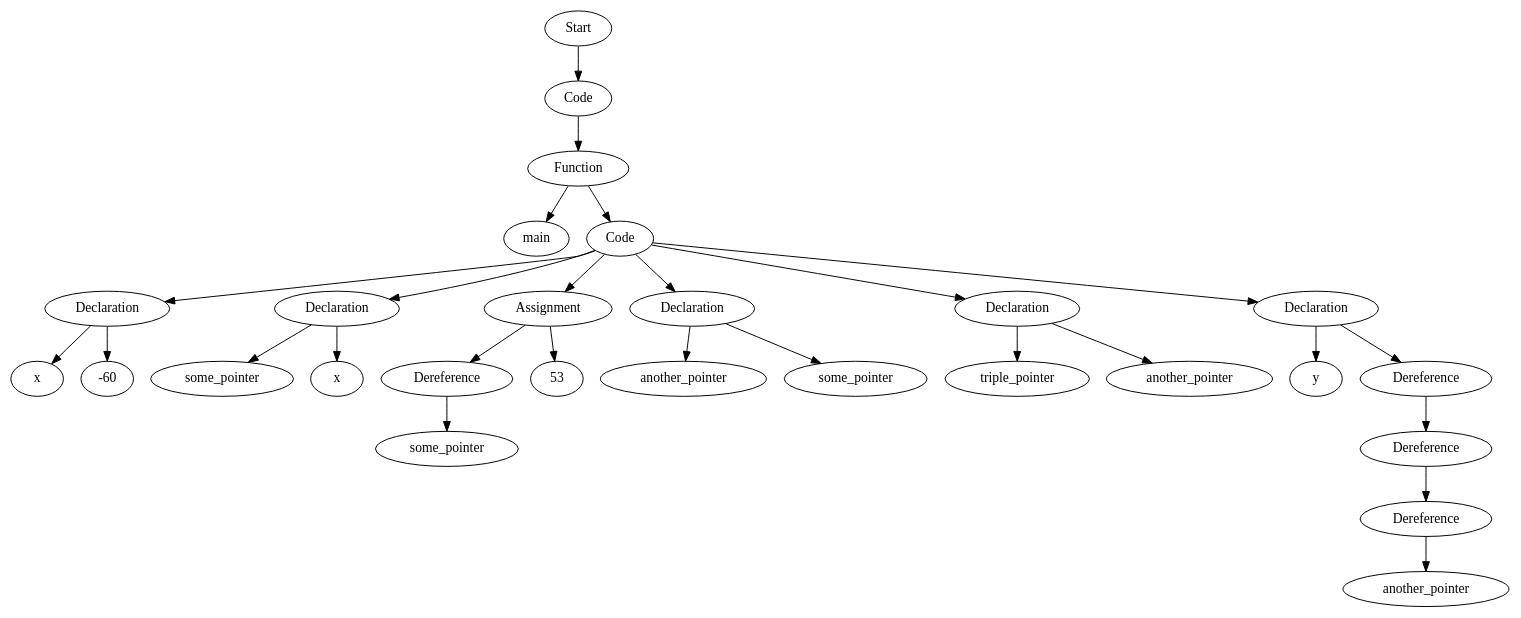
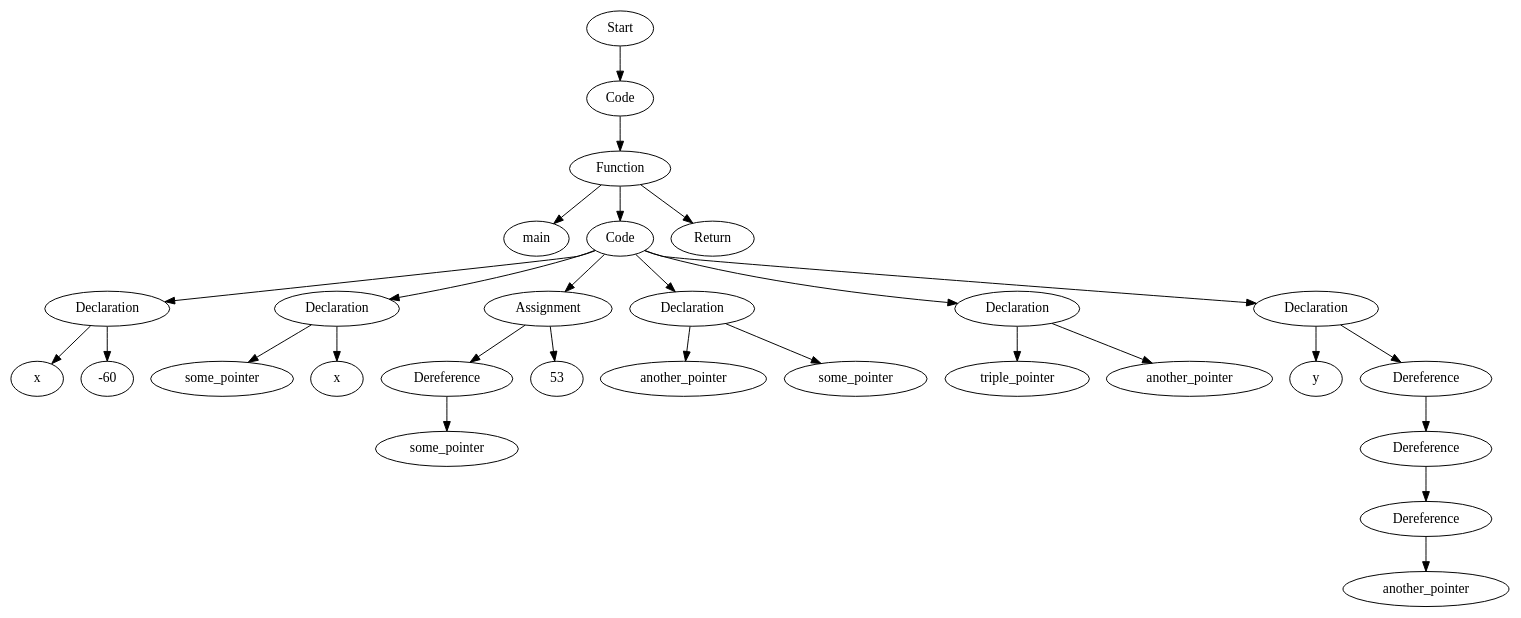
The diagram in testfiles/basic_tests_123/proj2_man_pass_pointerOperations2ASTVisual.dot (Are-you-listening/Compilers), drawn with Graphviz before and after one commit. The commit also changed 101 other files, not shown here.

```diff
--- a/testfiles/basic_tests_123/proj2_man_pass_pointerOperations2ASTVisual.dot
+++ b/testfiles/basic_tests_123/proj2_man_pass_pointerOperations2ASTVisual.dot
@@ -1,55 +1,57 @@
 digraph AST {
-  "137497859509744" [label="Start"];
-  "137497859509744" -> "137497859508880";
-  "137497859508880" [label="Code"];
-  "137497859508880" -> "137497859506288";
-  "137497859506288" [label="Function"];
-  "137497859506288" -> "137497859514256";
-  "137497859506288" -> "137497859506816";
-  "137497859514256" [label="main"];
-  "137497859506816" [label="Code"];
-  "137497859506816" -> "137497859521600";
-  "137497859506816" -> "137497859507200";
-  "137497859506816" -> "137497859520592";
-  "137497859506816" -> "137497859518864";
-  "137497859506816" -> "137497859600112";
-  "137497859506816" -> "137497859592528";
-  "137497859521600" [label="Declaration"];
-  "137497859521600" -> "137497859510560";
-  "137497859521600" -> "137497859517856";
-  "137497859510560" [label="x"];
-  "137497859517856" [label="-60"];
-  "137497859507200" [label="Declaration"];
-  "137497859507200" -> "137497859519872";
-  "137497859507200" -> "137497859509792";
-  "137497859519872" [label="some_pointer"];
-  "137497859509792" [label="x"];
-  "137497859520592" [label="Assignment"];
-  "137497859520592" -> "137497859515312";
-  "137497859520592" -> "137497859598912";
-  "137497859515312" [label="Dereference"];
-  "137497859515312" -> "137497859510368";
-  "137497859510368" [label="some_pointer"];
-  "137497859598912" [label="53"];
-  "137497859518864" [label="Declaration"];
-  "137497859518864" -> "137497859601744";
-  "137497859518864" -> "137497859602416";
-  "137497859601744" [label="another_pointer"];
-  "137497859602416" [label="some_pointer"];
-  "137497859600112" [label="Declaration"];
-  "137497859600112" -> "137497859590560";
-  "137497859600112" -> "137497859598192";
-  "137497859590560" [label="triple_pointer"];
-  "137497859598192" [label="another_pointer"];
-  "137497859592528" [label="Declaration"];
-  "137497859592528" -> "137497859601600";
-  "137497859592528" -> "137497859590080";
-  "137497859601600" [label="y"];
-  "137497859590080" [label="Dereference"];
-  "137497859590080" -> "137497859589264";
-  "137497859589264" [label="Dereference"];
-  "137497859589264" -> "137497859599344";
-  "137497859599344" [label="Dereference"];
-  "137497859599344" -> "137497859599296";
-  "137497859599296" [label="another_pointer"];
+  "128502761675728" [label="Start"];
+  "128502761675728" -> "128502761682496";
+  "128502761682496" [label="Code"];
+  "128502761682496" -> "128502761678944";
+  "128502761678944" [label="Function"];
+  "128502761678944" -> "128502761537440";
+  "128502761678944" -> "128502761521456";
+  "128502761678944" -> "128502761535904";
+  "128502761537440" [label="main"];
+  "128502761521456" [label="Code"];
+  "128502761521456" -> "128502761526112";
+  "128502761521456" -> "128502761532544";
+  "128502761521456" -> "128502761531248";
+  "128502761521456" -> "128502761525968";
+  "128502761521456" -> "128502761683792";
+  "128502761521456" -> "128502761673760";
+  "128502761526112" [label="Declaration"];
+  "128502761526112" -> "128502761526544";
+  "128502761526112" -> "128502761533408";
+  "128502761526544" [label="x"];
+  "128502761533408" [label="-60"];
+  "128502761532544" [label="Declaration"];
+  "128502761532544" -> "128502761522608";
+  "128502761532544" -> "128502761536912";
+  "128502761522608" [label="some_pointer"];
+  "128502761536912" [label="x"];
+  "128502761531248" [label="Assignment"];
+  "128502761531248" -> "128502761533168";
+  "128502761531248" -> "128502761530624";
+  "128502761533168" [label="Dereference"];
+  "128502761533168" -> "128502761533360";
+  "128502761533360" [label="some_pointer"];
+  "128502761530624" [label="53"];
+  "128502761525968" [label="Declaration"];
+  "128502761525968" -> "128502761535520";
+  "128502761525968" -> "128502761673328";
+  "128502761535520" [label="another_pointer"];
+  "128502761673328" [label="some_pointer"];
+  "128502761683792" [label="Declaration"];
+  "128502761683792" -> "128502761684272";
+  "128502761683792" -> "128502761668816";
+  "128502761684272" [label="triple_pointer"];
+  "128502761668816" [label="another_pointer"];
+  "128502761673760" [label="Declaration"];
+  "128502761673760" -> "128502761681728";
+  "128502761673760" -> "128502761673664";
+  "128502761681728" [label="y"];
+  "128502761673664" [label="Dereference"];
+  "128502761673664" -> "128502761683744";
+  "128502761683744" [label="Dereference"];
+  "128502761683744" -> "128502761676784";
+  "128502761676784" [label="Dereference"];
+  "128502761676784" -> "128502761674912";
+  "128502761674912" [label="another_pointer"];
+  "128502761535904" [label="Return"];
 }
```
